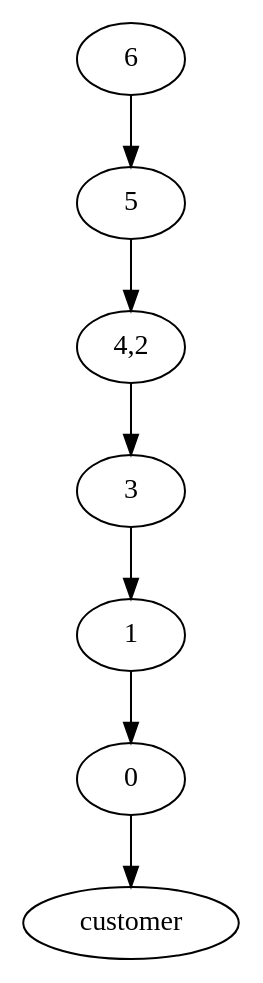
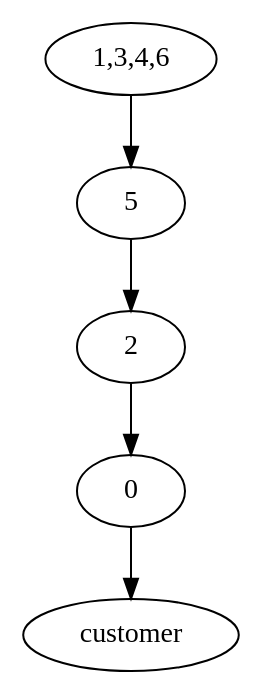
One commit to clussificate/ECHELON_INVENTORY changed the diagram in codes/test.dot. Above: the diagram before and after it, drawn with Graphviz. The commit also changed 5 other files, not shown here.

```diff
--- a/codes/test.dot
+++ b/codes/test.dot
@@ -1,8 +1,6 @@
 strict digraph "" {
-	0 -> customer	[len=0];
-	1 -> 0	[len=1];
-	3 -> 1	[len=2];
-	"4,2" -> 3	[len=1];
-	5 -> "4,2"	[len=1];
-	6 -> 5	[len=1];
+	0 -> customer	[len=0.0001];
+	2 -> 0	[len=3.9999999999999996];
+	5 -> 2	[len=1.0];
+	"1,3,4,6" -> 5	[len=1.0];
 }
```
